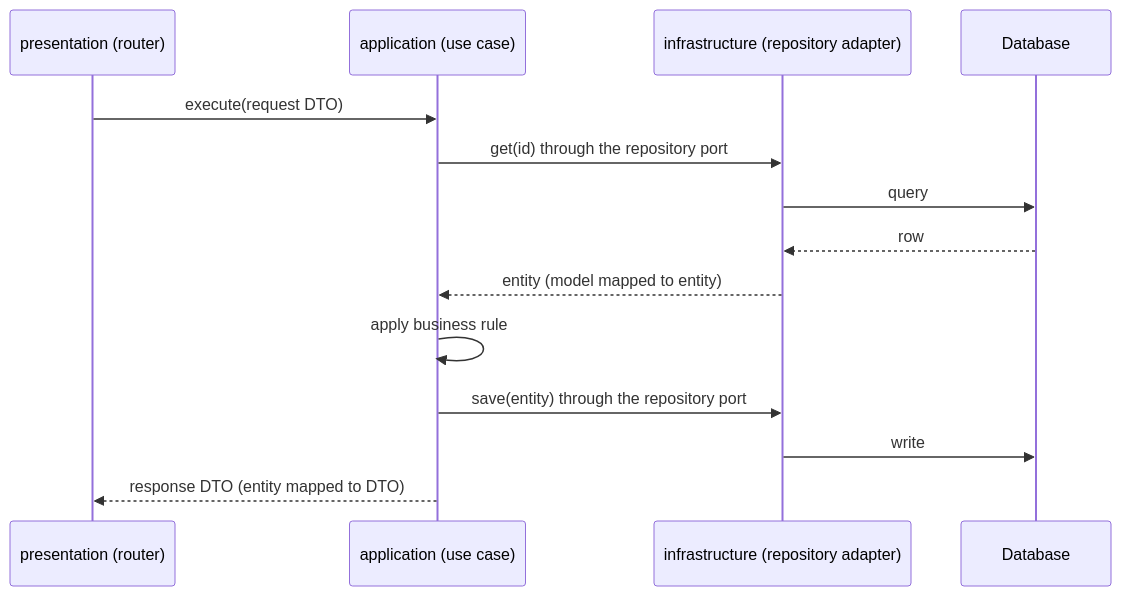
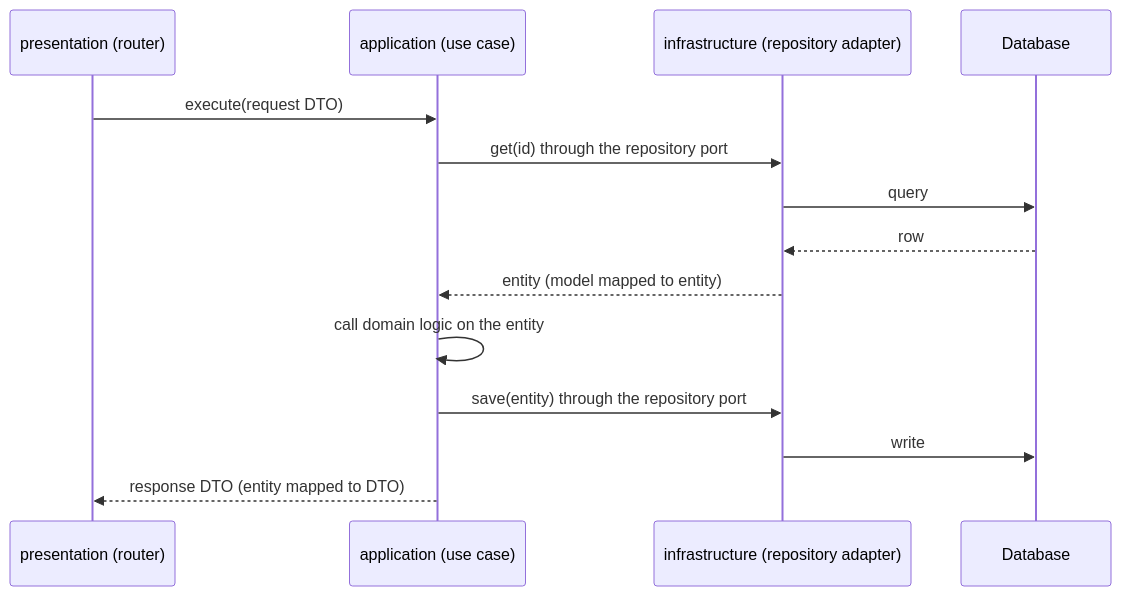
Before and after one commit to alonsovndev/engineering-handbook: the second of 2 diagrams in docs/architecture/clean-architecture.md, drawn with Mermaid. The commit also changed other lines of this file and 4 other files, not shown here.

First line of the commit message:
docs(architecture): add domain modeling page (#10)

````diff
--- a/docs/architecture/clean-architecture.md
+++ b/docs/architecture/clean-architecture.md
@@ -43,16 +43,16 @@
 ```mermaid
 sequenceDiagram
   participant Router as presentation (router)
   participant UseCase as application (use case)
   participant Adapter as infrastructure (repository adapter)
   participant Database
   Router->>UseCase: execute(request DTO)
   UseCase->>Adapter: get(id) through the repository port
   Adapter->>Database: query
   Database-->>Adapter: row
   Adapter-->>UseCase: entity (model mapped to entity)
-  UseCase->>UseCase: apply business rule
+  UseCase->>UseCase: call domain logic on the entity
   UseCase->>Adapter: save(entity) through the repository port
   Adapter->>Database: write
   UseCase-->>Router: response DTO (entity mapped to DTO)
 ```
````
